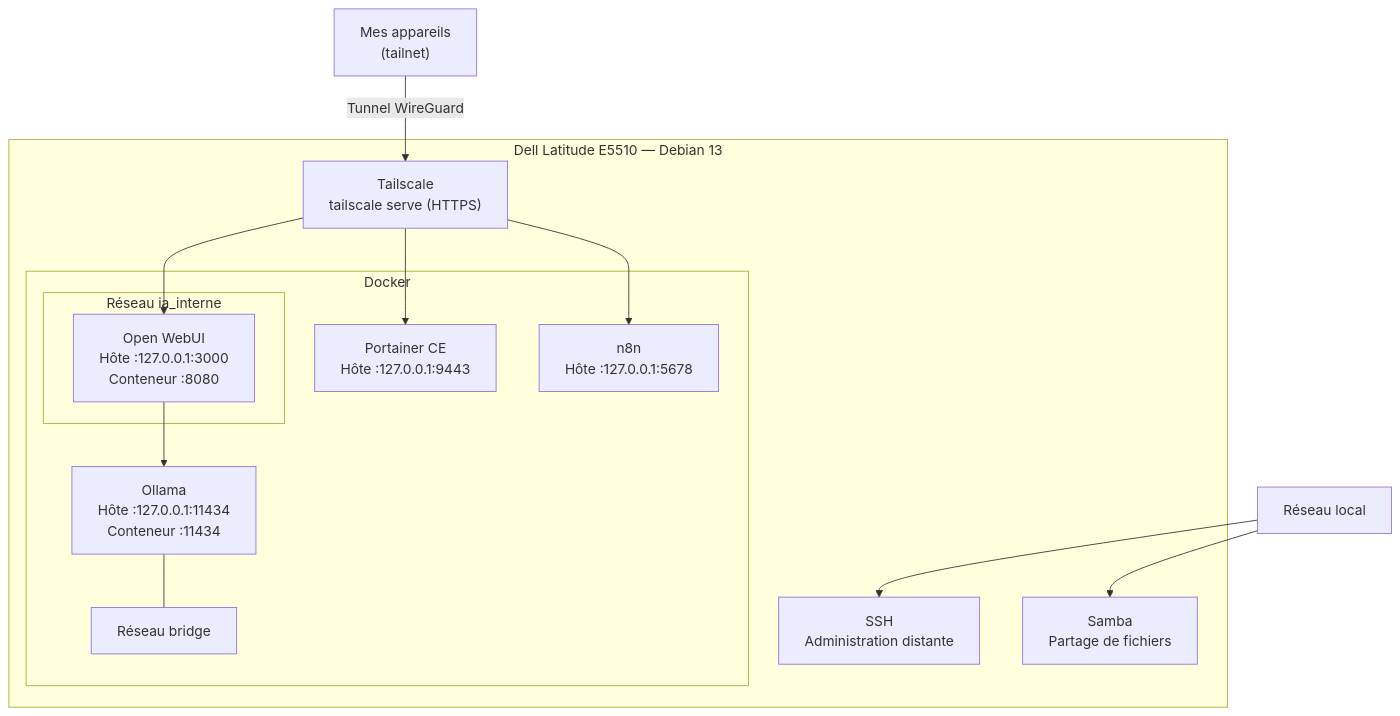
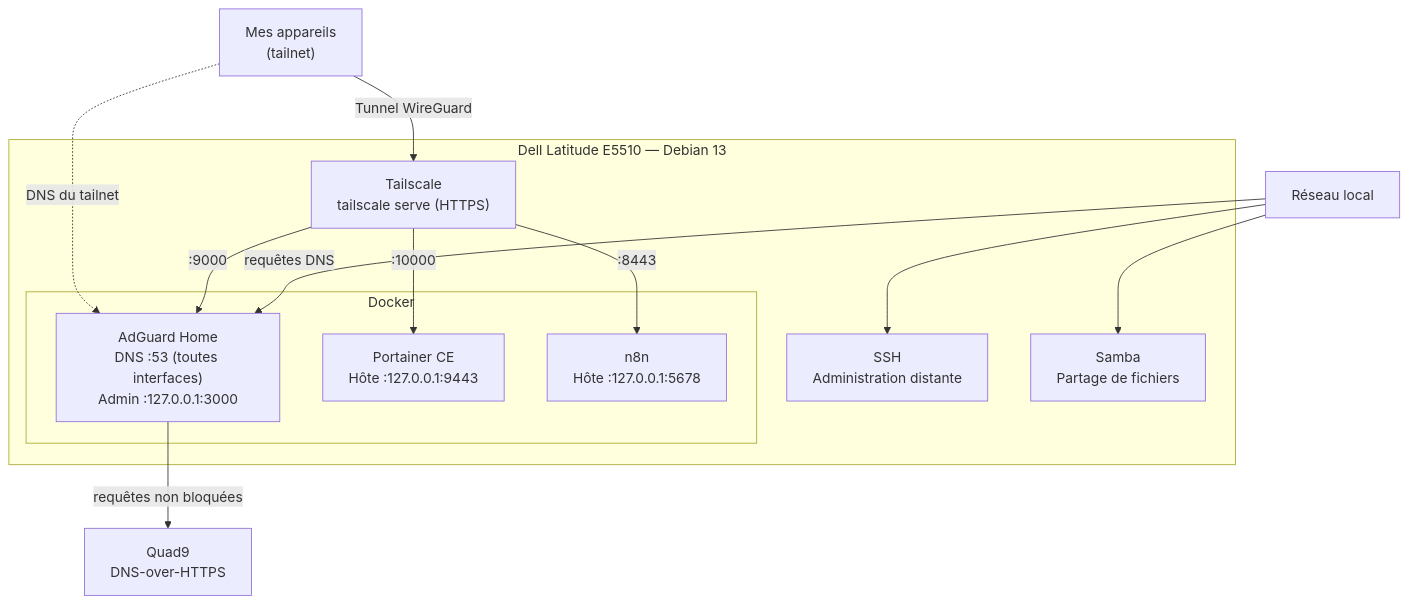
The diagram in docs/architecture.md (SkorpioZzZ/homelab-infrastructure), drawn with Mermaid before and after one commit. The commit also changed other lines of this file and 13 other files, not shown here.

Commit message:
feat: replace ollama and open-webui with adguard-home

````diff
--- a/docs/architecture.md
+++ b/docs/architecture.md
@@ -54,31 +55,28 @@
 ```mermaid
 flowchart TB
     LAN["Réseau local"]
 
     subgraph HOST["Dell Latitude E5510 — Debian 13"]
         SSH["SSH<br/>Administration distante"]
         SAMBA["Samba<br/>Partage de fichiers"]
         TS["Tailscale<br/>tailscale serve (HTTPS)"]
 
         subgraph DOCKER["Docker"]
-            subgraph IA["Réseau ia_interne"]
-                WEBUI["Open WebUI<br/>Hôte :127.0.0.1:3000<br/>Conteneur :8080"]
-            end
-
+            ADGUARD["AdGuard Home<br/>DNS :53 (toutes interfaces)<br/>Admin :127.0.0.1:3000"]
             PORTAINER["Portainer CE<br/>Hôte :127.0.0.1:9443"]
             N8N["n8n<br/>Hôte :127.0.0.1:5678"]
-
-            OLLAMA["Ollama<br/>Hôte :127.0.0.1:11434<br/>Conteneur :11434"]
-            BRIDGE["Réseau bridge"]
-            OLLAMA --- BRIDGE
         end
     end
 
+    QUAD9["Quad9<br/>DNS-over-HTTPS"]
+
     LAN --> SSH
     LAN --> SAMBA
+    LAN -- "requêtes DNS" --> ADGUARD
     APPAREILS["Mes appareils<br/>(tailnet)"] -- "Tunnel WireGuard" --> TS
-    TS --> WEBUI
-    TS --> N8N
-    TS --> PORTAINER
-    WEBUI --> OLLAMA
+    TS -- ":9000" --> ADGUARD
+    TS -- ":8443" --> N8N
+    TS -- ":10000" --> PORTAINER
+    APPAREILS -. "DNS du tailnet" .-> ADGUARD
+    ADGUARD -- "requêtes non bloquées" --> QUAD9
 ```
````
